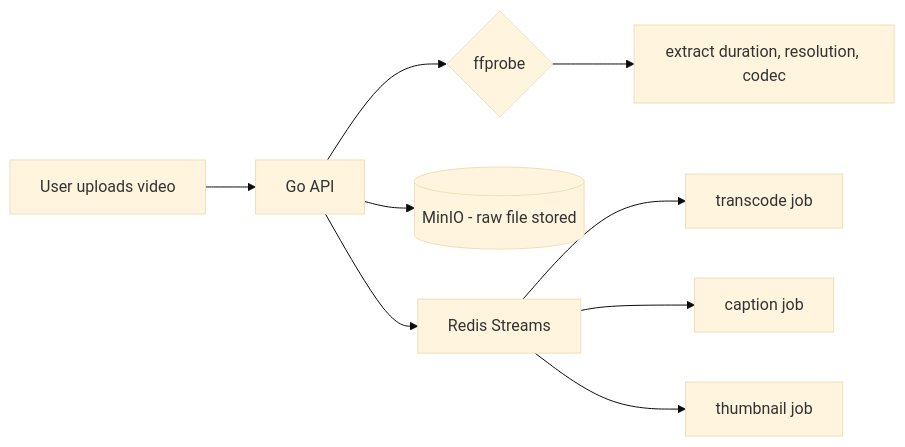
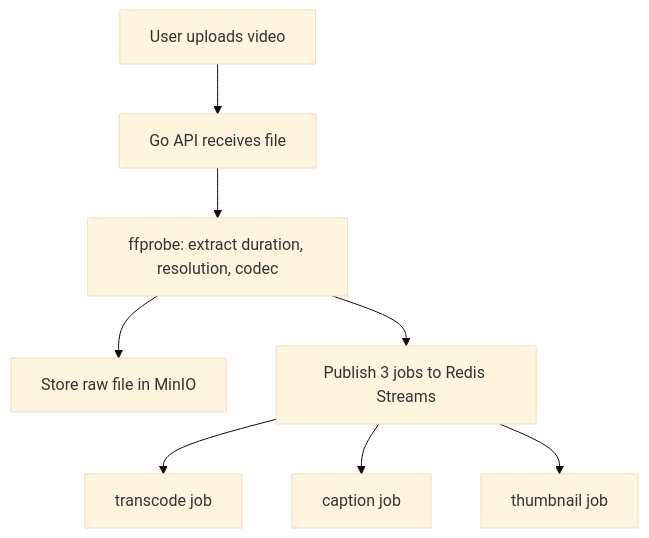
One commit to Nixxx19/vidpipe changed the first of 5 diagrams in README.md. Above: the diagram before and after it, drawn with Mermaid (base theme). The commit also changed other lines of this file, not shown here.

Commit message:
vertical diagrams

````diff
--- a/README.md
+++ b/README.md
@@ -27,11 +27,10 @@
 ```mermaid
-flowchart LR
-    A[User uploads video] --> B[Go API]
-    B --> C{ffprobe}
-    C --> D[extract duration, resolution, codec]
-    B --> E[(MinIO - raw file stored)]
-    B --> F[Redis Streams]
-    F --> G[transcode job]
-    F --> H[caption job]
-    F --> I[thumbnail job]
+flowchart TD
+    A[User uploads video] --> B[Go API receives file]
+    B --> C[ffprobe: extract duration, resolution, codec]
+    C --> D[Store raw file in MinIO]
+    C --> E[Publish 3 jobs to Redis Streams]
+    E --> F[transcode job]
+    E --> G[caption job]
+    E --> H[thumbnail job]
 ```
````
